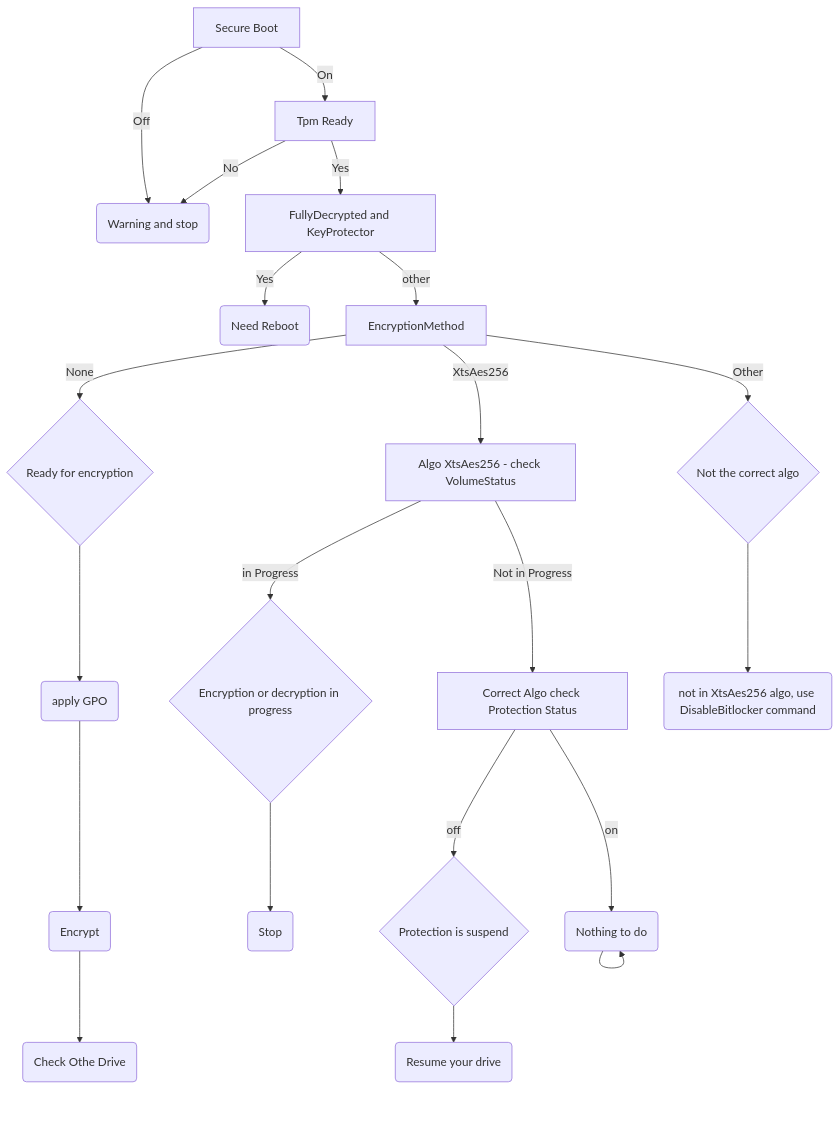
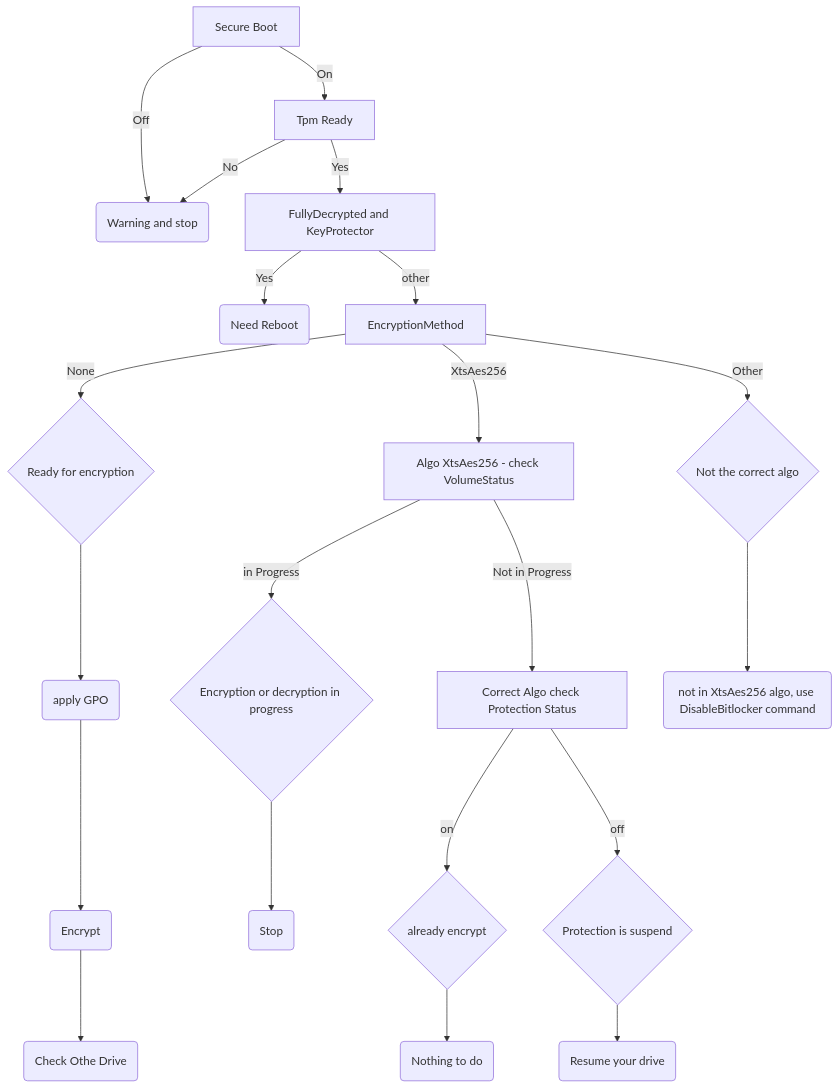
Before and after one commit to jl-oclinux/SecWinBatchMode: the diagram in dists/crypt-with-bitlocker/ALGORITHM.md, drawn with Mermaid.

Commit message:
bug in mermaid bitlocker algo [skip ci]

````diff
--- a/dists/crypt-with-bitlocker/ALGORITHM.md
+++ b/dists/crypt-with-bitlocker/ALGORITHM.md
@@ -3,19 +3,19 @@
 ```mermaid
 graph TD
    Node1[Secure Boot] -->|On| Node2
    Node1[Secure Boot] -->|Off| Node3(Warning and stop)
    Node2[Tpm Ready] --> |Yes|Node4
    Node2[Tpm Ready] --> |No|Node3
    Node4[FullyDecrypted and KeyProtector] --> |Yes|Reboot(Need Reboot)
    Node4[FullyDecrypted and KeyProtector] --> |other|Node5
    Node5[EncryptionMethod] --> |None| NodeNone
    Node5[EncryptionMethod] --> |XtsAes256| Node256
    Node5[EncryptionMethod] --> |Other| NodeOther
    NodeNone{Ready for encryption} --> gpo(apply GPO) --> encrypt(Encrypt) --> OtherDrive(Check Othe Drive) 
    Node256[Algo XtsAes256 - check VolumeStatus] --> |in Progress| InProgress{Encryption or decryption in progress} --> Stop(Stop)
    Node256[Algo XtsAes256 - check VolumeStatus] --> |Not in Progress| NotProgress
-   NotProgress[Correct Algo check Protection Status] --> |on| nothing{already encrypt} --> nothing(Nothing to do)
+   NotProgress[Correct Algo check Protection Status] --> |on| already{already encrypt} --> nothing(Nothing to do)
    NotProgress[Correct Algo check Protection Status] --> |off| suspend{Protection is suspend} --> resume(Resume your drive)
    NodeOther{Not the correct algo} --> Not256(not in XtsAes256 algo, use DisableBitlocker command)
 
   ``` 
````
